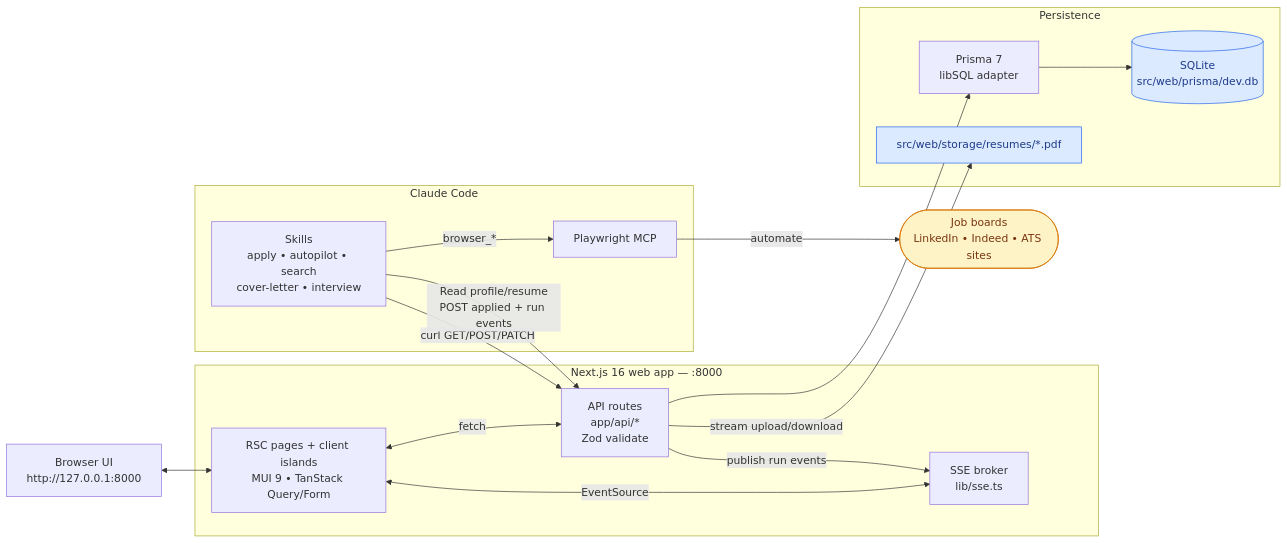
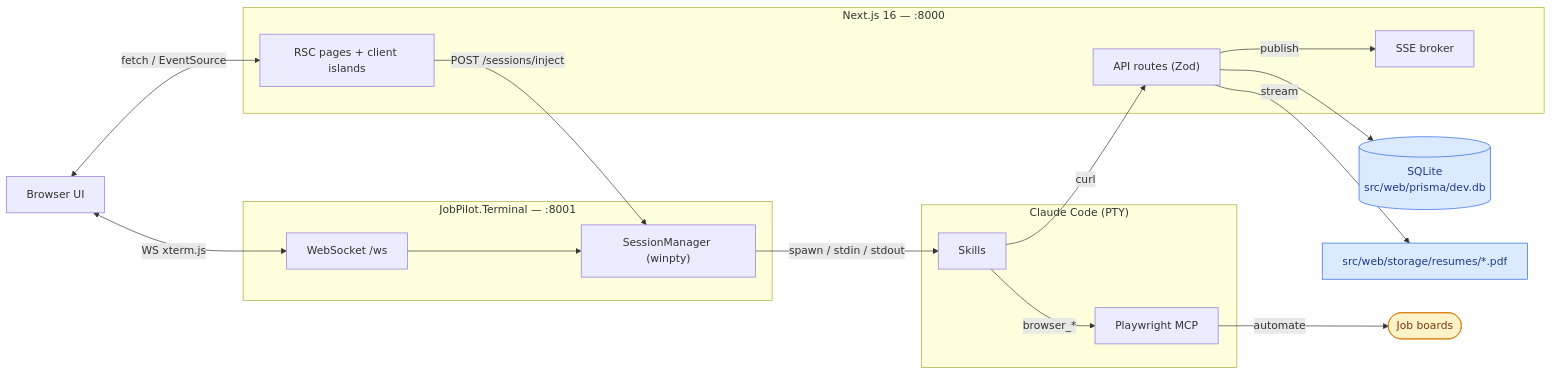
The first of 3 diagrams in docs/architecture.md (davidscotttufts/jobpilot), drawn with Mermaid before and after one commit. The commit also changed other lines of this file and 4 other files, not shown here.

Commit message:
feat: remove humanizer submodule; vendored skill now located in src/JobPilot.Terminal/.claude/skills/humanizer/ docs: update CLAUDE.md, README.md, architecture.md, and self-hosting.md to reflect changes in humanizer integration and project structure

````diff
--- a/docs/architecture.md
+++ b/docs/architecture.md
@@ -61,41 +66,42 @@
 ```mermaid
 flowchart LR
-    subgraph Claude["Claude Code"]
-        Skills["Skills<br/>apply • autopilot • search<br/>cover-letter • interview"]
+    subgraph Claude["Claude Code (PTY)"]
+        Skills["Skills"]
         MCP["Playwright MCP"]
     end
 
-    subgraph Web["Next.js 16 web app — :8000"]
-        API["API routes<br/>app/api/*<br/>Zod validate"]
-        Pages["RSC pages + client islands<br/>MUI 9 • TanStack Query/Form"]
-        SSE["SSE broker<br/>lib/sse.ts"]
+    subgraph Web["Next.js 16 — :8000"]
+        API["API routes (Zod)"]
+        Pages["RSC pages + client islands"]
+        SSE["SSE broker"]
     end
 
-    subgraph Data["Persistence"]
-        Prisma["Prisma 7<br/>libSQL adapter"]
-        DB[("SQLite<br/>src/web/prisma/dev.db")]
-        Files["src/web/storage/resumes/*.pdf"]
+    subgraph Terminal["JobPilot.Terminal — :8001"]
+        Sess["SessionManager (winpty)"]
+        Hub["WebSocket /ws"]
     end
 
-    Browser["Browser UI<br/>http://127.0.0.1:8000"]
-    Boards(["Job boards<br/>LinkedIn • Indeed • ATS sites"])
+    DB[("SQLite<br/>src/web/prisma/dev.db")]
+    Files["src/web/storage/resumes/*.pdf"]
+    Browser["Browser UI"]
+    Boards(["Job boards"])
 
-    Skills -- "curl GET/POST/PATCH" --> API
+    Browser <-- "fetch / EventSource" --> Pages
+    Browser <-- "WS xterm.js" --> Hub
+    Pages -- "POST /sessions/inject" --> Sess
+    Hub --> Sess
+    Sess -- "spawn / stdin / stdout" --> Skills
+
+    Skills -- "curl" --> API
     Skills -- "browser_*" --> MCP
     MCP -- "automate" --> Boards
-    Skills -- "Read profile/resume<br/>POST applied + run events" --> API
 
-    Pages <-- "fetch" --> API
-    Pages <-- "EventSource" --> SSE
-    API -- "publish run events" --> SSE
-    API --> Prisma
-    Prisma --> DB
-    API -- "stream upload/download" --> Files
-
-    Browser <--> Pages
+    API -- "publish" --> SSE
+    API --> DB
+    API -- "stream" --> Files
 
     classDef ext fill:#fef3c7,stroke:#d97706,color:#78350f;
     classDef store fill:#dbeafe,stroke:#2563eb,color:#1e3a8a;
     class Boards ext;
     class DB,Files store;
 ```
````
